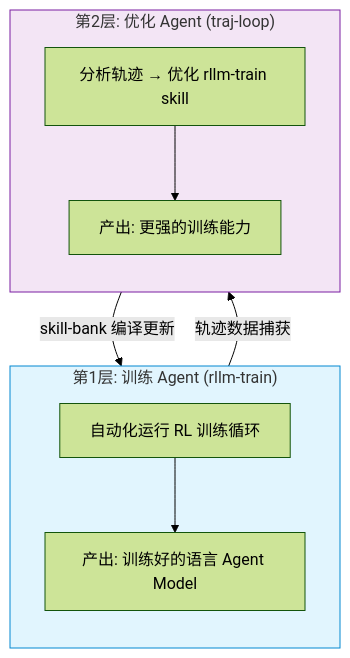
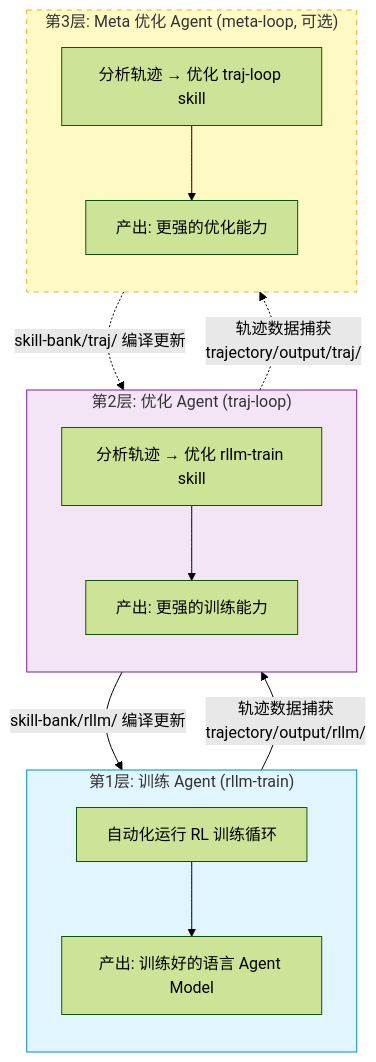
One commit to zhangqin200182/rllm-trl changed the first of 3 diagrams in README.md. Above: the diagram before and after it, drawn with Mermaid (forest theme). The commit also changed other lines of this file and 23 other files, not shown here.

First line of the commit message:
Implement three-layer architecture with layer isolation

````diff
--- a/README.md
+++ b/README.md
@@ -9,25 +9,37 @@
 ```mermaid
 flowchart TB
     subgraph L1["第1层: 训练 Agent (rllm-train)"]
         direction TB
         T1[自动化运行 RL 训练循环]
         T2[产出: 训练好的语言 Agent Model]
     end
 
     T1 --> T2
 
-    T2 -->|"轨迹数据捕获"| L2
+    T2 -->|"轨迹数据捕获<br/>trajectory/output/rllm/"| L2
 
     subgraph L2["第2层: 优化 Agent (traj-loop)"]
         direction TB
         O1[分析轨迹 → 优化 rllm-train skill]
         O2[产出: 更强的训练能力]
     end
 
     O1 --> O2
 
-    O2 -->|"skill-bank 编译更新"| L1
+    O2 -->|"skill-bank/rllm/ 编译更新"| L1
+
+    O2 -.->|"轨迹数据捕获<br/>trajectory/output/traj/"| L3
+
+    subgraph L3["第3层: Meta 优化 Agent (meta-loop, 可选)"]
+        direction TB
+        M1[分析轨迹 → 优化 traj-loop skill]
+        M2[产出: 更强的优化能力]
+    end
+
+    M1 --> M2
+    M2 -.->|"skill-bank/traj/ 编译更新"| L2
 
     style L1 fill:#e1f5fe,stroke:#0288d1
     style L2 fill:#f3e5f5,stroke:#7b1fa2
+    style L3 fill:#fff9c4,stroke:#f9a825,stroke-dasharray: 5 5
 ```
````
